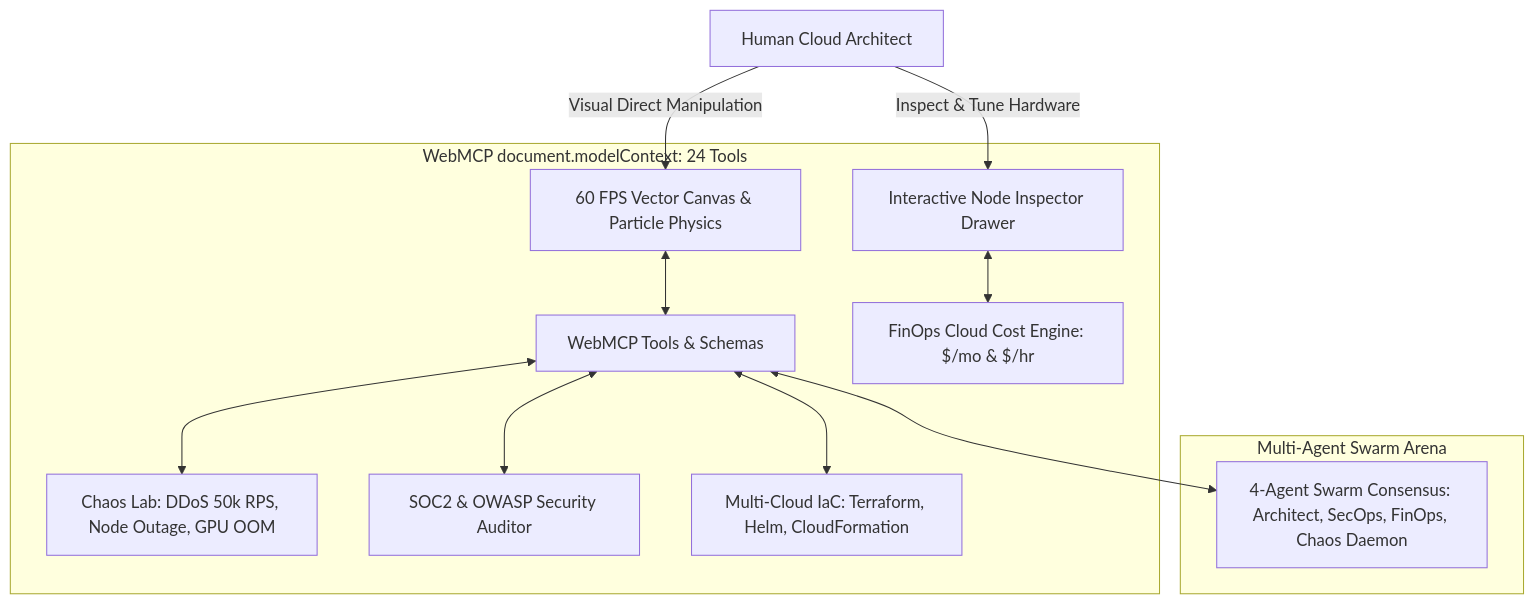
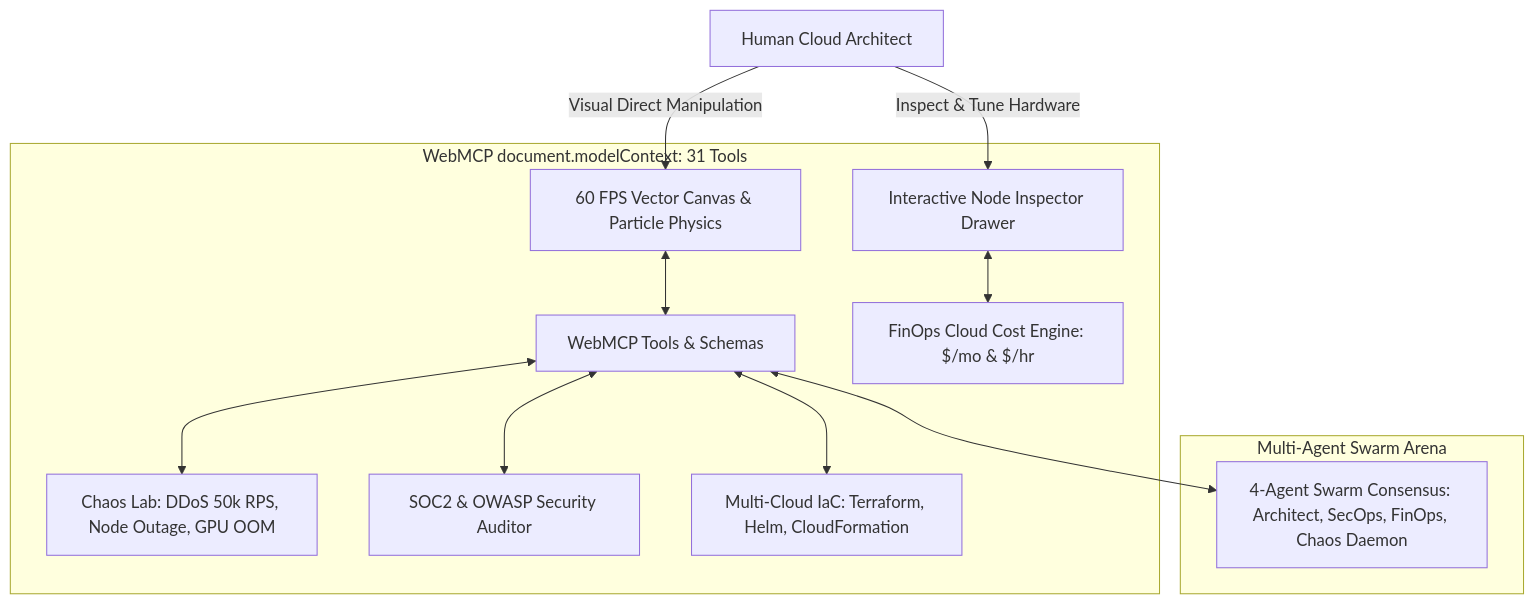
Before and after one commit to Anurag-tech22/omniflow-studio-webmcp: the diagram in walkthrough.md, drawn with Mermaid. The commit also changed other lines of this file and 4 other files, not shown here.

Commit message:
docs: update tagline, title, and metadata to 31 WebMCP Tools across repository

````diff
--- a/walkthrough.md
+++ b/walkthrough.md
@@ -11,17 +11,17 @@
 ```mermaid
 graph TD
     User[Human Cloud Architect] -->|Visual Direct Manipulation| Canvas[60 FPS Vector Canvas & Particle Physics]
     User -->|Inspect & Tune Hardware| Inspector[Interactive Node Inspector Drawer]
     
-    subgraph WebMCP document.modelContext: 24 Tools
+    subgraph WebMCP document.modelContext: 31 Tools
         Canvas <--> Registry[WebMCP Tools & Schemas]
         Inspector <--> FinOps[FinOps Cloud Cost Engine: $/mo & $/hr]
         Registry <--> Chaos[Chaos Lab: DDoS 50k RPS, Node Outage, GPU OOM]
         Registry <--> SecOps[SOC2 & OWASP Security Auditor]
         Registry <--> Compiler[Multi-Cloud IaC: Terraform, Helm, CloudFormation]
     end
 
     subgraph Multi-Agent Swarm Arena
         Registry <--> Swarm[4-Agent Swarm Consensus: Architect, SecOps, FinOps, Chaos Daemon]
     end
 ```
````
